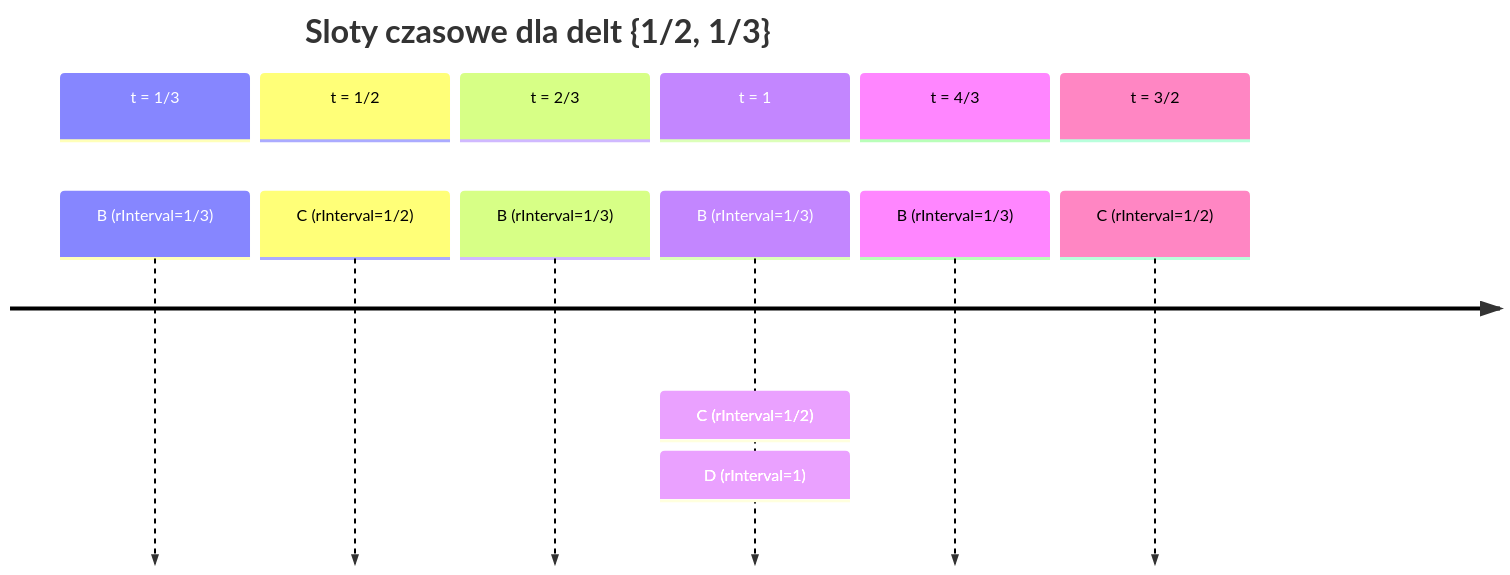
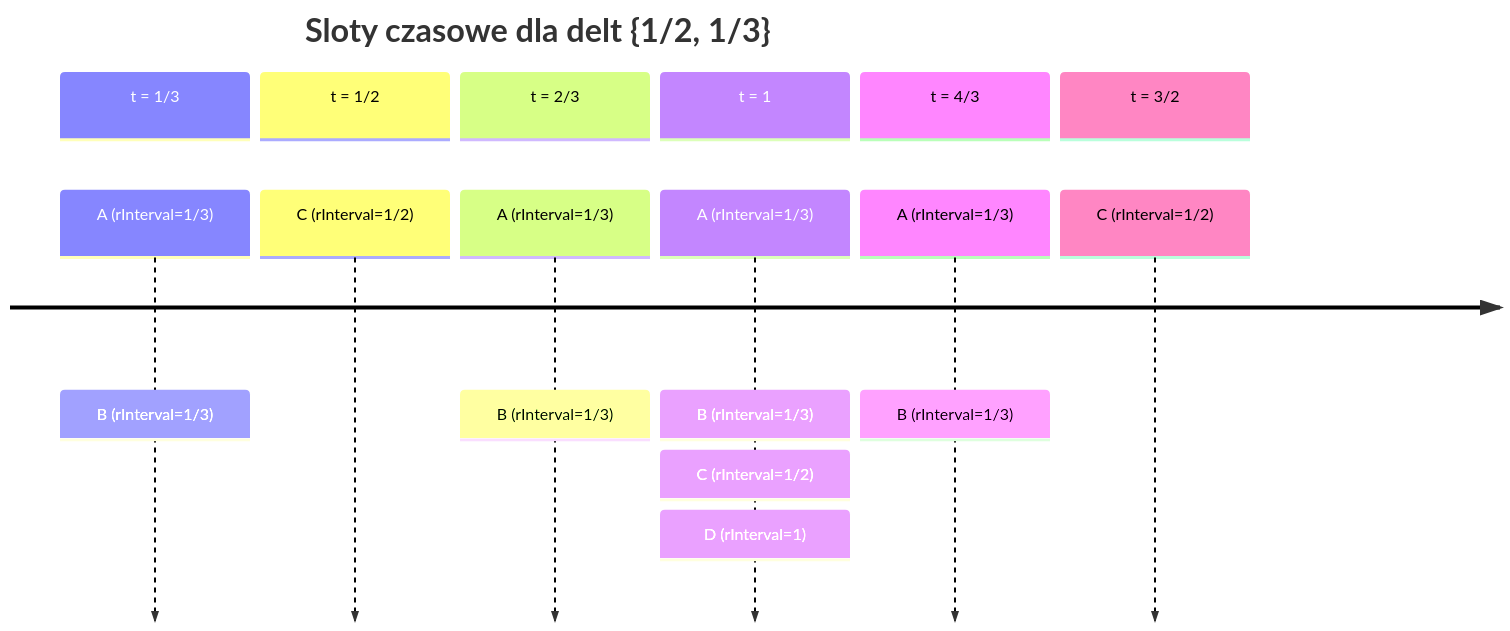
The third of 6 diagrams in realizacja-zapytan/algorytm-przegladu-drzewa-zapytan.md (michalwidera/dokumentacja-rdb), drawn with Mermaid before and after one commit. The commit also changed other lines of this file and 4 other files, not shown here.

````diff
--- a/realizacja-zapytan/algorytm-przegladu-drzewa-zapytan.md
+++ b/realizacja-zapytan/algorytm-przegladu-drzewa-zapytan.md
@@ -59,17 +60,17 @@
 ```mermaid
 %% pdf-width: 100%
 timeline
     title Sloty czasowe dla delt {1/2, 1/3}
     section t = 1/3
-        B (rInterval=1/3)
+        A (rInterval=1/3) : B (rInterval=1/3)
     section t = 1/2
         C (rInterval=1/2)
     section t = 2/3
-        B (rInterval=1/3)
+        A (rInterval=1/3) : B (rInterval=1/3)
     section t = 1
-        B (rInterval=1/3) : C (rInterval=1/2) : D (rInterval=1)
+        A (rInterval=1/3) : B (rInterval=1/3) : C (rInterval=1/2) : D (rInterval=1)
     section t = 4/3
-        B (rInterval=1/3)
+        A (rInterval=1/3) : B (rInterval=1/3)
     section t = 3/2
         C (rInterval=1/2)
 ```
````
